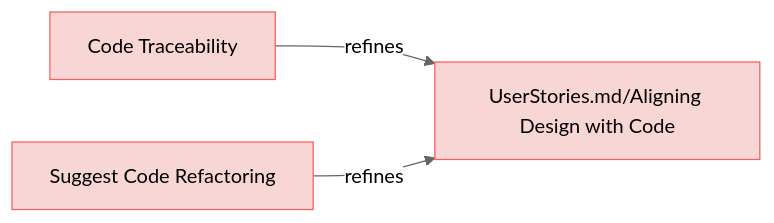
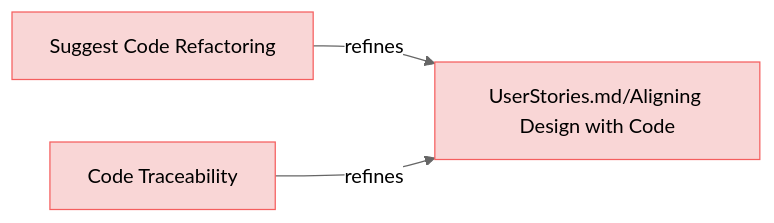
One commit to reqvire-org/reqvire changed the second of 9 diagrams in specifications/UserRequirements.md. Above: the diagram before and after it, drawn with Mermaid (neutral theme). The commit also changed other lines of this file and 56 other files, not shown here.

````diff
--- a/specifications/UserRequirements.md
+++ b/specifications/UserRequirements.md
@@ -107,20 +107,20 @@
 ```mermaid
 graph LR;
   %% Graph styling
   classDef requirement fill:#f9d6d6,stroke:#f55f5f,stroke-width:1px;
   classDef verification fill:#d6f9d6,stroke:#5fd75f,stroke-width:1px;
   classDef externalLink fill:#d0e0ff,stroke:#3080ff,stroke-width:1px;
   classDef default fill:#f5f5f5,stroke:#333333,stroke-width:1px;
 
-  1fc4e44d5fd988a6["Code Traceability"];
-  click 1fc4e44d5fd988a6 "https://github.com/ilijaljubicic/ReqFlow/blob/a94231473c9a4a56fe21608ebd13787e0cc3f2dc/specifications/UserRequirements.md#code-traceability";
-  class 1fc4e44d5fd988a6 requirement;
+  5922f3ef031b5fea["Suggest Code Refactoring"];
+  click 5922f3ef031b5fea "https://github.com/ilijaljubicic/ReqFlow/blob/29a17f176519a28e973567d4102beb95f41075ed/specifications/UserRequirements.md#suggest-code-refactoring";
+  class 5922f3ef031b5fea requirement;
   de2d3516cd5ef91d["UserStories.md/Aligning Design with Code"];
   class de2d3516cd5ef91d requirement;
-  click de2d3516cd5ef91d "https://github.com/ilijaljubicic/ReqFlow/blob/a94231473c9a4a56fe21608ebd13787e0cc3f2dc/specifications/UserStories.md#aligning-design-with-code";
+  click de2d3516cd5ef91d "https://github.com/ilijaljubicic/ReqFlow/blob/29a17f176519a28e973567d4102beb95f41075ed/specifications/UserStories.md#aligning-design-with-code";
+  5922f3ef031b5fea -->|refines| de2d3516cd5ef91d;
+  1fc4e44d5fd988a6["Code Traceability"];
+  click 1fc4e44d5fd988a6 "https://github.com/ilijaljubicic/ReqFlow/blob/29a17f176519a28e973567d4102beb95f41075ed/specifications/UserRequirements.md#code-traceability";
+  class 1fc4e44d5fd988a6 requirement;
   1fc4e44d5fd988a6 -->|refines| de2d3516cd5ef91d;
-  5922f3ef031b5fea["Suggest Code Refactoring"];
-  click 5922f3ef031b5fea "https://github.com/ilijaljubicic/ReqFlow/blob/a94231473c9a4a56fe21608ebd13787e0cc3f2dc/specifications/UserRequirements.md#suggest-code-refactoring";
-  class 5922f3ef031b5fea requirement;
-  5922f3ef031b5fea -->|refines| de2d3516cd5ef91d;
 ```
````
